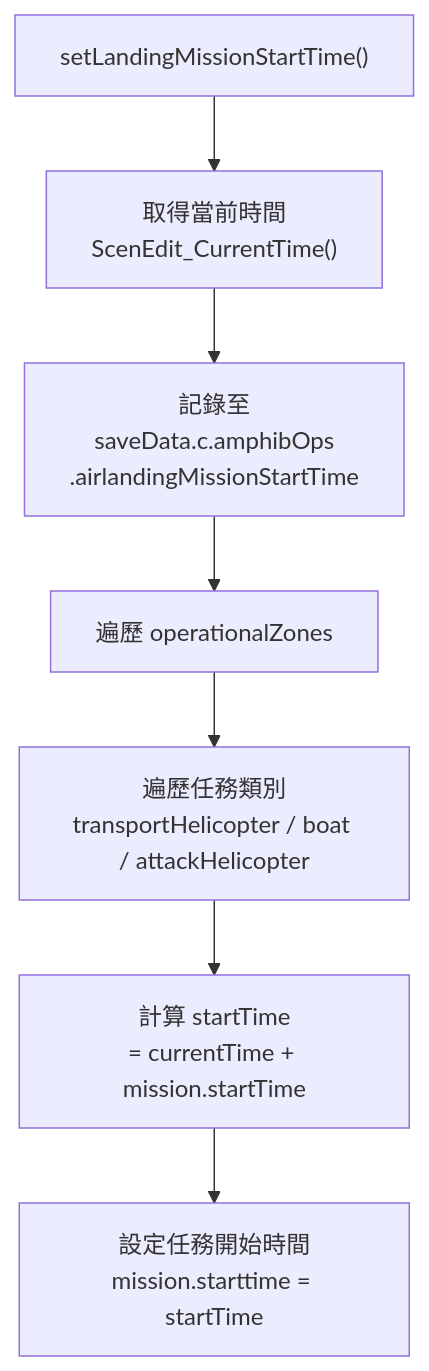
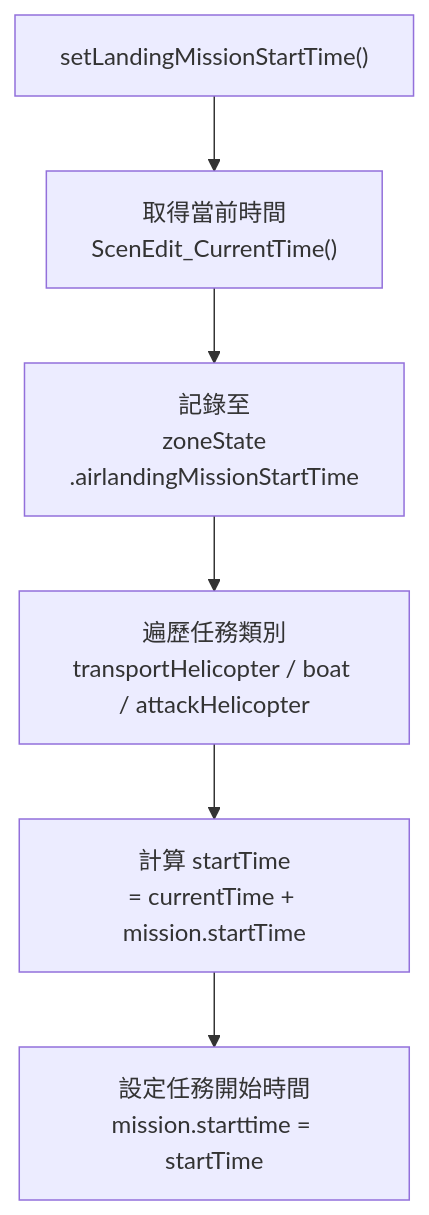
Before and after one commit to pullupjumper/formosa-in-flames: the second of 2 diagrams in docs/landingOps/amphibiousAssault.md, drawn with Mermaid. The commit also changed other lines of this file and 20 other files, not shown here.

First line of the commit message:
refactor(landing-ops): replace global phase flags with per-zone state machine

````diff
--- a/docs/landingOps/amphibiousAssault.md
+++ b/docs/landingOps/amphibiousAssault.md
@@ -63,12 +63,11 @@
 ```mermaid
 flowchart TD
     START["setLandingMissionStartTime()"]
     TIME["取得當前時間<br>ScenEdit_CurrentTime()"]
-    SAVE["記錄至<br>saveData.c.amphibOps<br>.airlandingMissionStartTime"]
-    ZONE["遍歷 operationalZones"]
+    SAVE["記錄至<br>zoneState<br>.airlandingMissionStartTime"]
     CAT["遍歷任務類別<br>transportHelicopter / boat / attackHelicopter"]
     CALC["計算 startTime<br>= currentTime + mission.startTime"]
     SET["設定任務開始時間<br>mission.starttime = startTime"]
 
-    START --> TIME --> SAVE --> ZONE --> CAT --> CALC --> SET
+    START --> TIME --> SAVE --> CAT --> CALC --> SET
 ```
````
